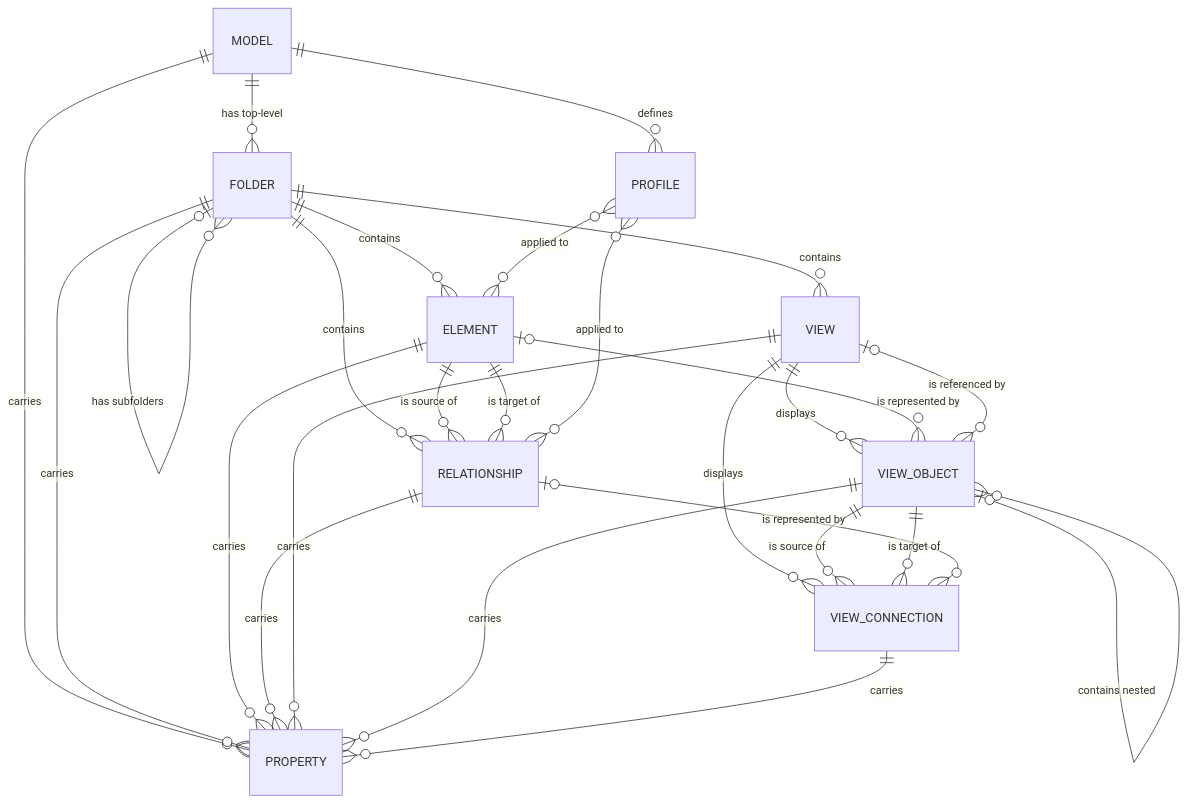
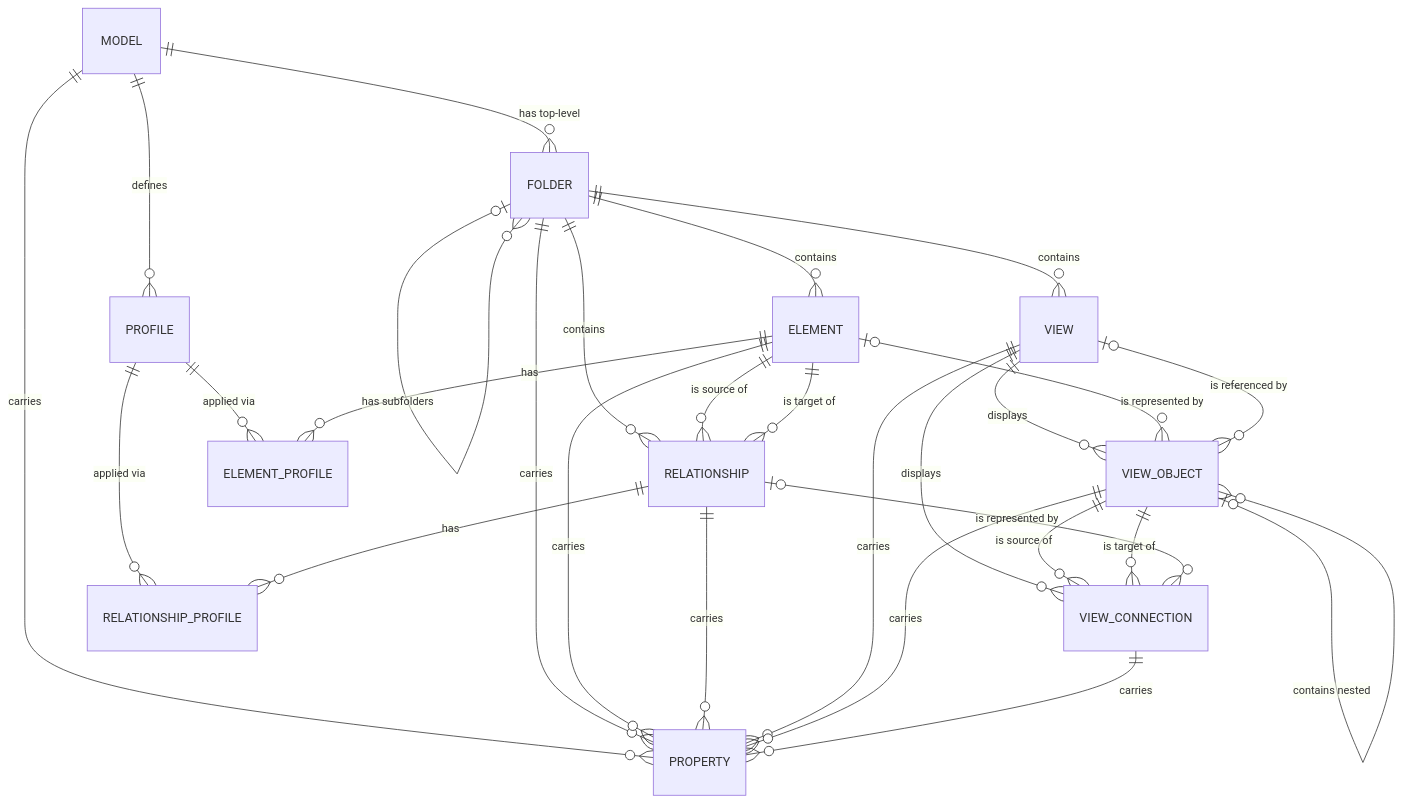
The diagram in docs/entity_model.md (mrwylan/archi), drawn with Mermaid before and after one commit. The commit also changed other lines of this file and 3 other files, not shown here.

````diff
--- a/docs/entity_model.md
+++ b/docs/entity_model.md
@@ -5,28 +5,30 @@
 ```mermaid
 erDiagram
     MODEL ||--o{ FOLDER : "has top-level"
     FOLDER |o--o{ FOLDER : "has subfolders"
     FOLDER ||--o{ ELEMENT : contains
     FOLDER ||--o{ RELATIONSHIP : contains
     FOLDER ||--o{ VIEW : contains
     ELEMENT ||--o{ RELATIONSHIP : "is source of"
     ELEMENT ||--o{ RELATIONSHIP : "is target of"
     VIEW ||--o{ VIEW_OBJECT : displays
     VIEW ||--o{ VIEW_CONNECTION : displays
     VIEW_OBJECT |o--o{ VIEW_OBJECT : "contains nested"
     ELEMENT |o--o{ VIEW_OBJECT : "is represented by"
     VIEW |o--o{ VIEW_OBJECT : "is referenced by"
     VIEW_OBJECT ||--o{ VIEW_CONNECTION : "is source of"
     VIEW_OBJECT ||--o{ VIEW_CONNECTION : "is target of"
     RELATIONSHIP |o--o{ VIEW_CONNECTION : "is represented by"
     MODEL ||--o{ PROFILE : defines
-    PROFILE }o--o{ ELEMENT : "applied to"
-    PROFILE }o--o{ RELATIONSHIP : "applied to"
+    PROFILE ||--o{ ELEMENT_PROFILE : "applied via"
+    ELEMENT ||--o{ ELEMENT_PROFILE : has
+    PROFILE ||--o{ RELATIONSHIP_PROFILE : "applied via"
+    RELATIONSHIP ||--o{ RELATIONSHIP_PROFILE : has
     MODEL ||--o{ PROPERTY : carries
     FOLDER ||--o{ PROPERTY : carries
     ELEMENT ||--o{ PROPERTY : carries
     RELATIONSHIP ||--o{ PROPERTY : carries
     VIEW ||--o{ PROPERTY : carries
     VIEW_OBJECT ||--o{ PROPERTY : carries
     VIEW_CONNECTION ||--o{ PROPERTY : carries
 ```
````
